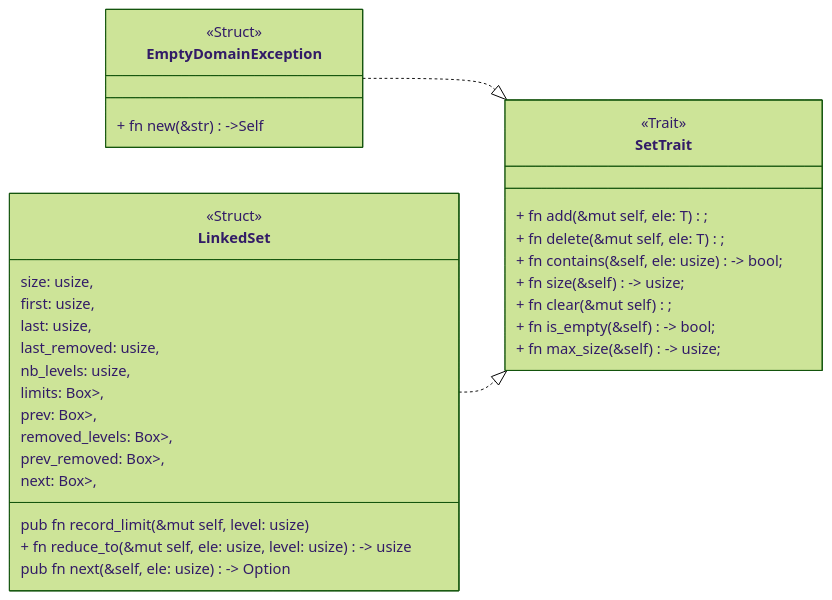
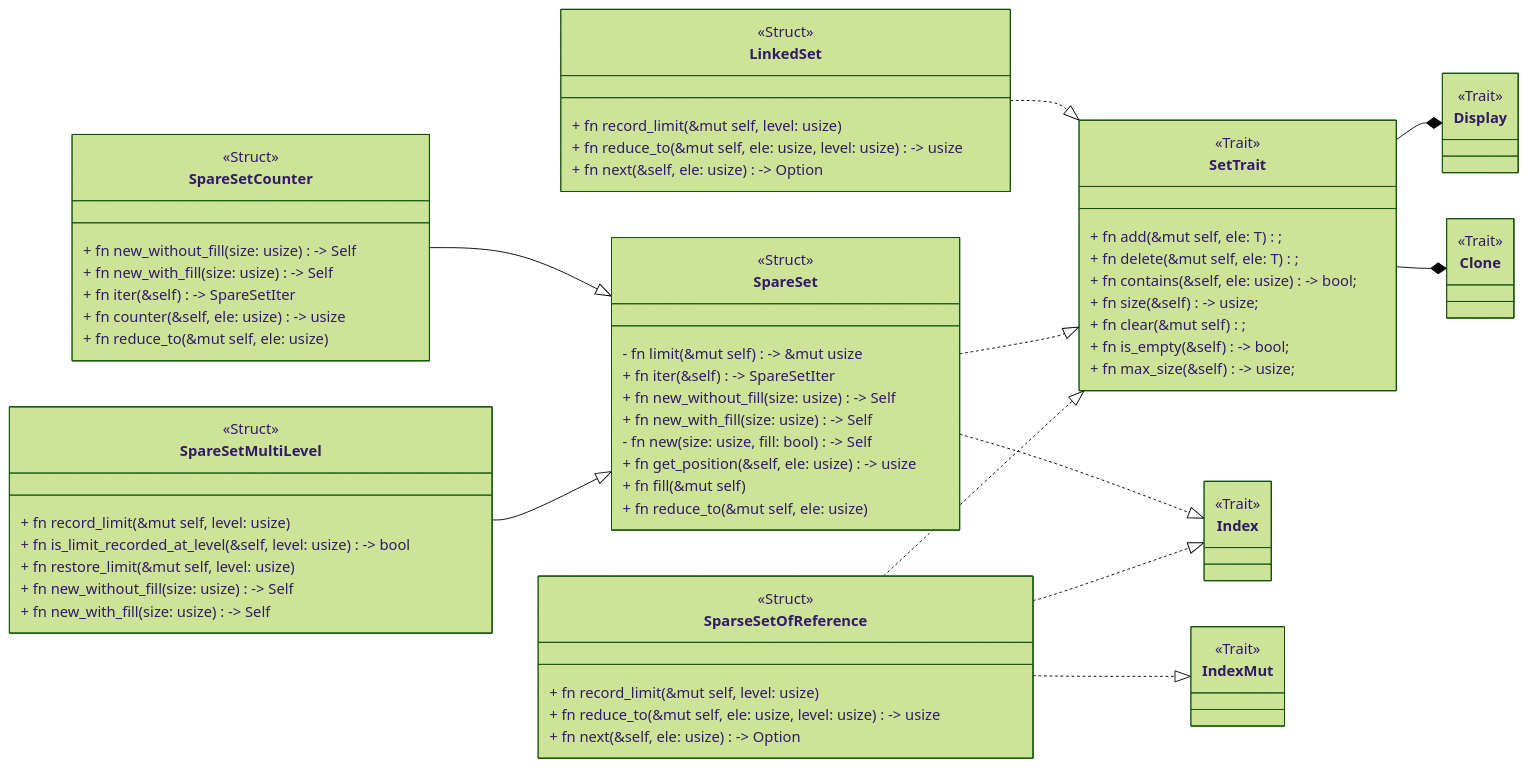
One commit to luhanzhen/RuCos changed the diagram in src/utils/readme.md. Above: the diagram before and after it, drawn with Mermaid (forest theme). The commit also changed 9 other files, not shown here.

````diff
--- a/src/utils/readme.md
+++ b/src/utils/readme.md
@@ -4,6 +4,18 @@
 
 classDiagram
 direction LR
+
+class Clone {
+<<Trait>>
+}
+
+    class Display {
+        <<Trait>>
+    }
+    
+
+    SetTrait --* Display
+SetTrait --* Clone
 
     class SetTrait {
         <<Trait>>
@@ -23,37 +35,93 @@
     }
 
 
-   
-   
+   class SparseSetOfReference {
+    <<Struct>>
+    
+    
+    + fn record_limit(&mut self, level: usize)
+    + fn reduce_to(&mut self, ele: usize, level: usize) -> usize
+    + fn next(&self, ele: usize) -> Option<usize>
 
 
+}
     class LinkedSet {
         <<Struct>>
-         size: usize,
-         first: usize,
-         last: usize,
-         last_removed: usize,
-         nb_levels: usize,
-         limits: Box<Vec<usize>>,
-         prev: Box<Vec<usize>>,
-         removed_levels: Box<Vec<usize>>,
-         prev_removed: Box<Vec<usize>>,
-         next: Box<Vec<usize>>,
-
-        pub fn record_limit(&mut self, level: usize)
+       
+        + fn record_limit(&mut self, level: usize)
         + fn reduce_to(&mut self, ele: usize, level: usize) -> usize
-        pub fn next(&self, ele: usize) -> Option<usize>
-        
+        + fn next(&self, ele: usize) -> Option<usize>
         
     }
 
-    class EmptyDomainException {
+    class SpareSetMultiLevel {
         <<Struct>>
-        +  fn new(&str)->Self
+    + fn record_limit(&mut self, level: usize) 
+    + fn is_limit_recorded_at_level(&self, level: usize) -> bool
+    
+    + fn restore_limit(&mut self, level: usize)
+
+        + fn new_without_fill(size: usize) -> Self
+
+        + fn new_with_fill(size: usize) -> Self
     }
 
 
-    EmptyDomainException  ..|>  SetTrait
+    class SpareSet {
+        <<Struct>>
+    - fn limit(&mut self) -> &mut usize 
+    
+    + fn iter(&self) -> SpareSetIter
+    
+    + fn new_without_fill(size: usize) -> Self 
+    
+    + fn new_with_fill(size: usize) -> Self 
+    
+    - fn new(size: usize, fill: bool) -> Self 
+    
+    + fn get_position(&self, ele: usize) -> usize 
+    
+    + fn fill(&mut self)
+    
+    + fn reduce_to(&mut self, ele: usize) 
+    }
+    
+    class SpareSetCounter {
+        <<Struct>>
++ fn new_without_fill(size: usize) -> Self 
+    
++ fn new_with_fill(size: usize) -> Self 
+
++ fn iter(&self) -> SpareSetIter 
+
++ fn counter(&self, ele: usize) -> usize 
+
++ fn reduce_to(&mut self, ele: usize) 
+    }
+
+
+    SpareSetCounter  --|>  SpareSet
+
+    SpareSetMultiLevel  --|>  SpareSet
+    
     LinkedSet  ..|>   SetTrait
 
+    SpareSet  ..|>   SetTrait
+
+    SparseSetOfReference  ..|>   SetTrait
+
+
+    class Index {
+        <<Trait>>
+    }
+    class IndexMut {
+        <<Trait>>
+    }
+
+    SpareSet  ..|>   Index
+
+    SparseSetOfReference  ..|>   IndexMut
+
+    SparseSetOfReference  ..|>   Index
+
 ```
````
